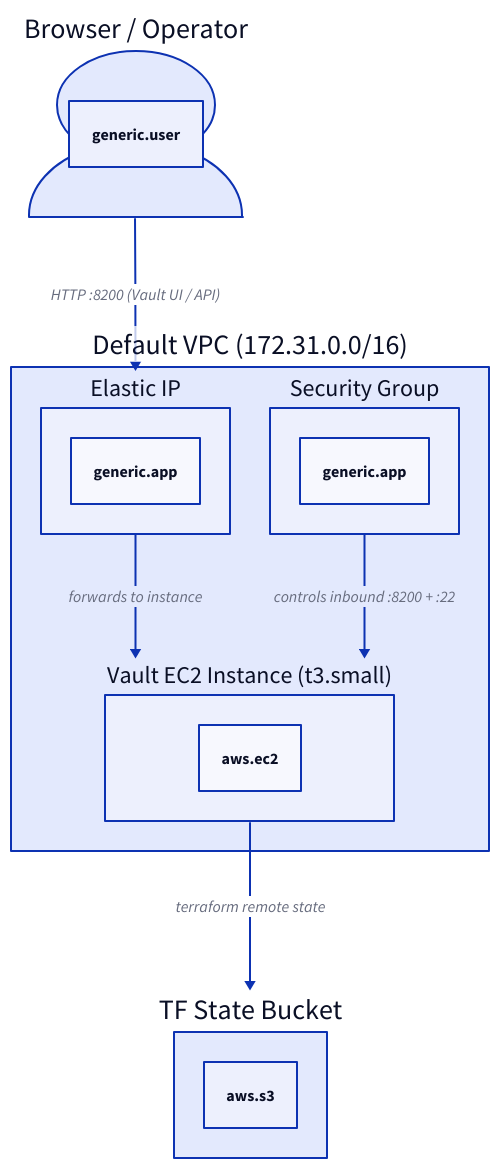
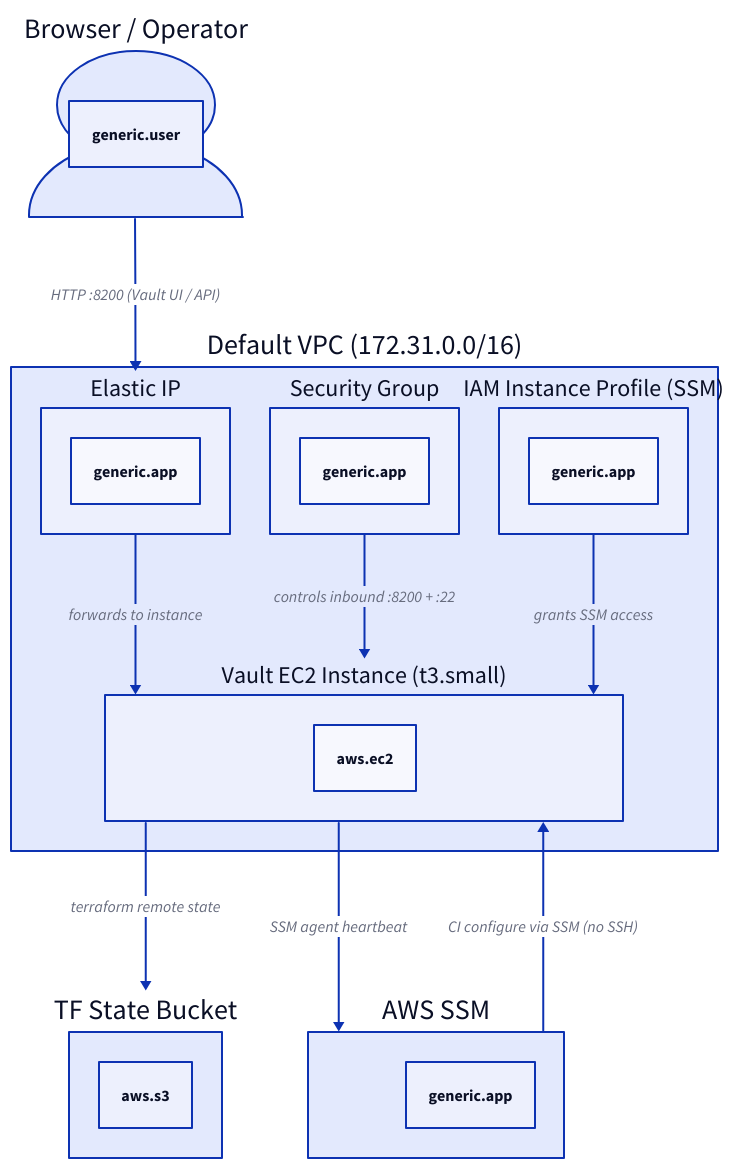
The diagram in .udap/architecture.d2 (faizunRBAI/vault), drawn with D2 before and after one commit. The commit also changed 4 other files, not shown here.

Commit message:
fix: configure via AWS SSM instead of SSH — add IAM instance profile, SSM Ansible connection plugin (UDAP Build recovery attempt 2)

```diff
--- a/.udap/architecture.d2
+++ b/.udap/architecture.d2
@@ -1,14 +1,19 @@
 # udap:meta cloud=aws region=us-east-1 target=ec2
 
 vpc: Default VPC (172.31.0.0/16) {
   ec2: Vault EC2 Instance (t3.small) { shape: rectangle; udap-type: aws.ec2 }
   sg: Security Group { shape: rectangle; udap-type: generic.app }
   eip: Elastic IP { shape: rectangle; udap-type: generic.app }
+  iam: IAM Instance Profile (SSM) { shape: rectangle; udap-type: generic.app }
 }
 user: Browser / Operator { shape: person; udap-type: generic.user }
 s3: TF State Bucket { shape: rectangle; udap-type: aws.s3 }
+ssm: AWS SSM { shape: rectangle; udap-type: generic.app }
 
 user -> vpc.eip: HTTP :8200 (Vault UI / API)
 vpc.eip -> vpc.ec2: forwards to instance
 vpc.sg -> vpc.ec2: controls inbound :8200 + :22
+vpc.iam -> vpc.ec2: grants SSM access
+vpc.ec2 -> ssm: SSM agent heartbeat
+ssm -> vpc.ec2: CI configure via SSM (no SSH)
 vpc.ec2 -> s3: terraform remote state
```
